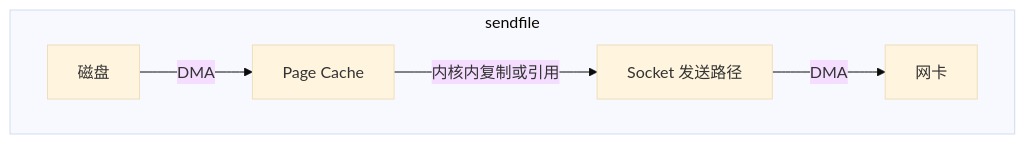
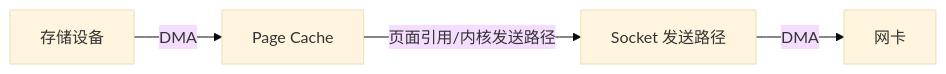
Before and after one commit to Fizgrad/fizgrad.github.io: diagram 17 of 36 in blog/os_review.md, drawn with Mermaid (base theme). The commit also changed other lines of this file and 1 other file, not shown here.

````diff
--- a/blog/os_review.md
+++ b/blog/os_review.md
@@ -3321,8 +3414,6 @@
 ```mermaid
-flowchart TD
-    subgraph S["sendfile"]
-        S1["磁盘"] -->|"DMA"| S2["Page Cache"]
-        S2 -->|"内核内复制或引用"| S3["Socket 发送路径"]
-        S3 -->|"DMA"| S4["网卡"]
-    end
+flowchart LR
+    D["存储设备"] -->|"DMA"| P["Page Cache"]
+    P -->|"页面引用/内核发送路径"| S["Socket 发送路径"]
+    S -->|"DMA"| N["网卡"]
 ```
````
